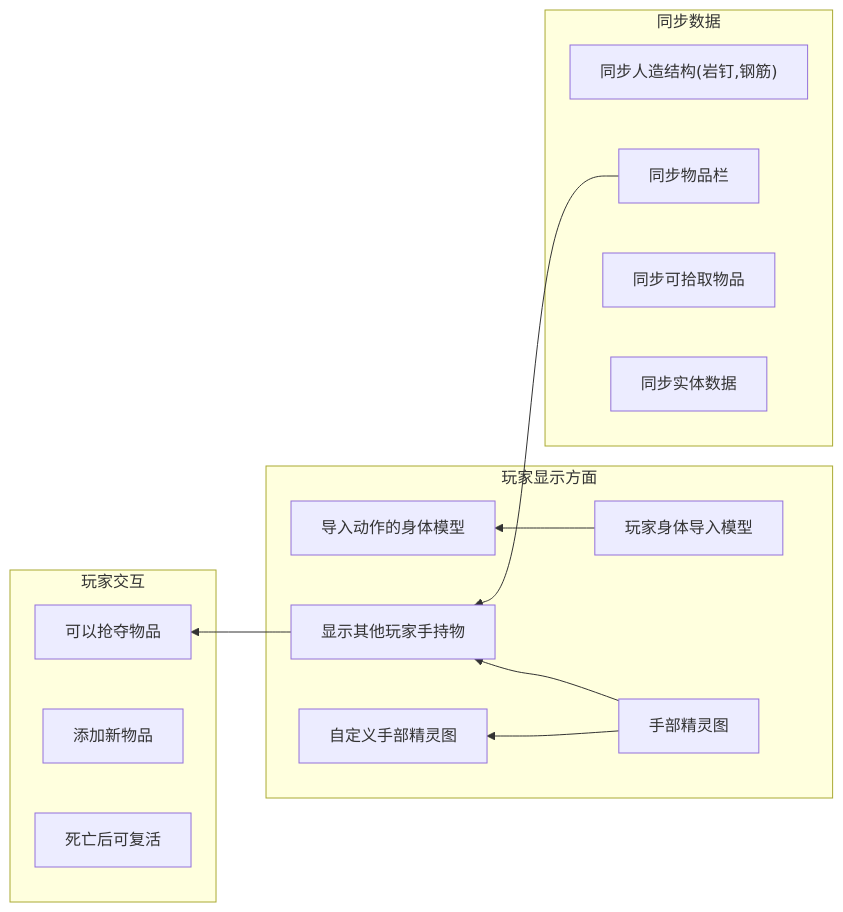
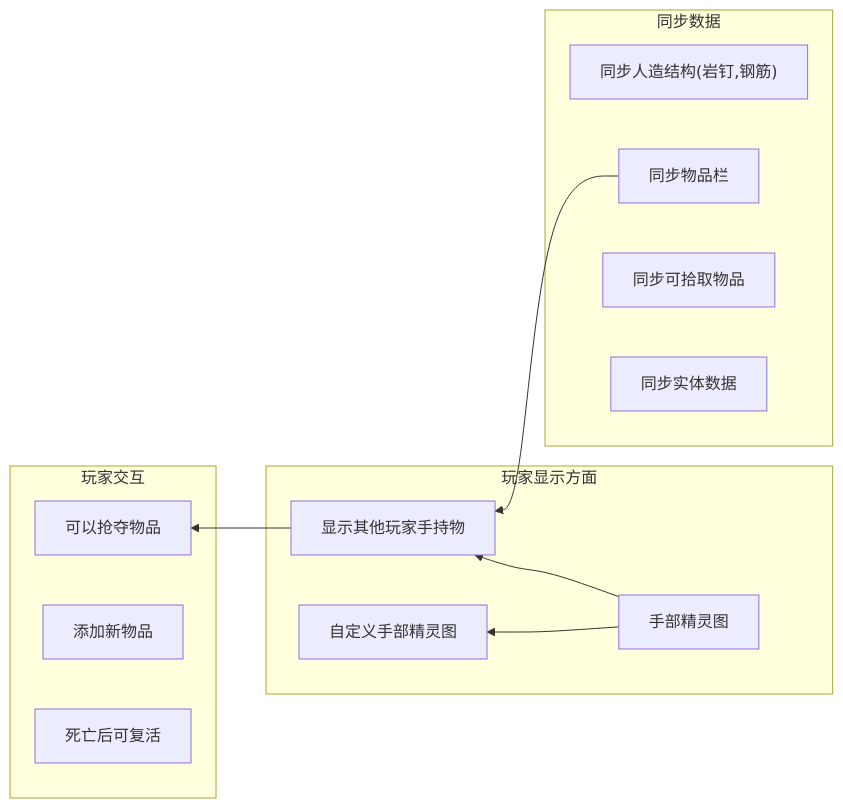
The diagram in README_CN.md (Shen-X-L/WKMultiMod), drawn with Mermaid before and after one commit. The commit also changed other lines of this file and 9 other files, not shown here.

````diff
--- a/README_CN.md
+++ b/README_CN.md
@@ -24,33 +22,30 @@
 ```mermaid
 graph RL
     %% 模块 1：玩家显示方面
     subgraph 玩家显示方面
         1a[手部精灵图]
-        1b[玩家身体导入模型]
-        1c[导入动作的身体模型]
         1d[显示其他玩家手持物]
         1e[自定义手部精灵图]
     end
 
     %% 模块 2：玩家交互
     subgraph 玩家交互
         2b[可以抢夺物品]
         2c[添加新物品]
         2e[死亡后可复活]
     end
 
     %% 模块 3：同步数据
     subgraph 同步数据
         3a["同步人造结构(岩钉,钢筋)"]
         3b[同步物品栏]
         3c[同步可拾取物品]
         3e[同步实体数据]
     end
 
     %% 依赖关系连接 (跨模块和模块内)
     1a --> 1e
-    1b --> 1c
     3b --> 1d
     1a --> 1d
     1d --> 2b
 ```
````
